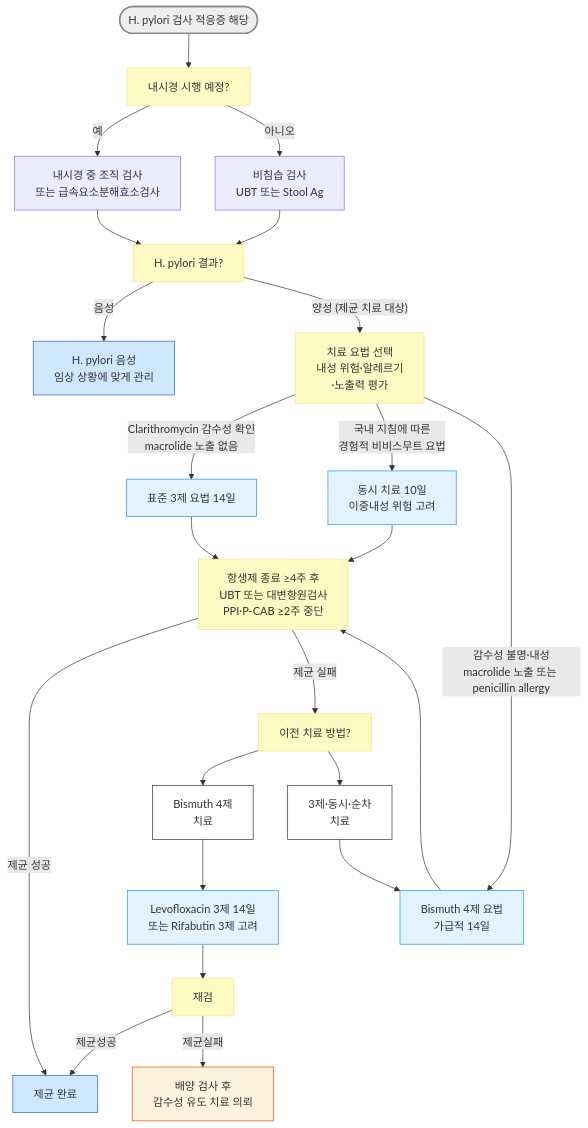
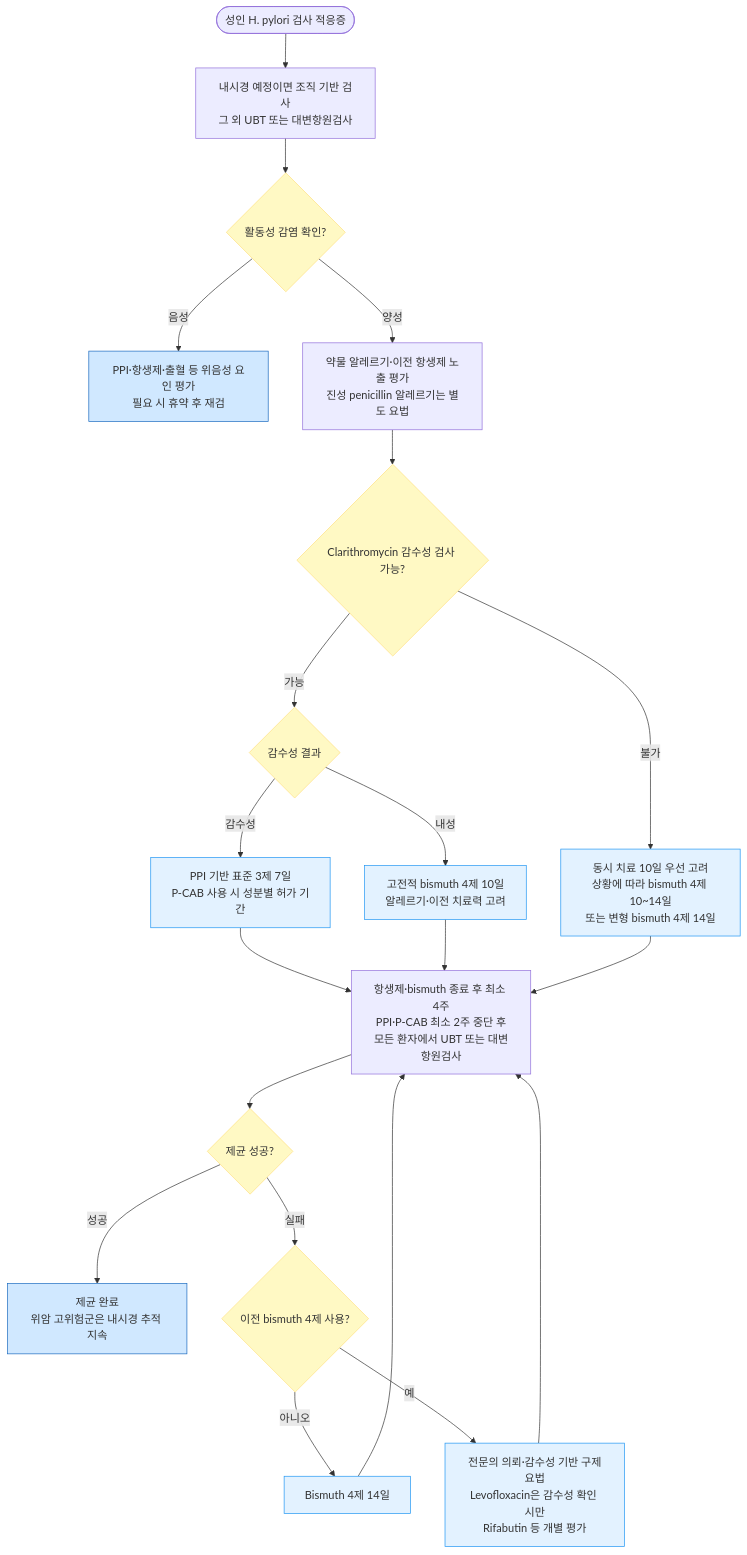
Before and after one commit to familyoh77/familyoh77: the diagram in 224_/080_-helicobacter-pylori-infection.md, drawn with Mermaid. The commit also changed other lines of this file and 1 other file, not shown here.

````diff
--- a/224_/080_-helicobacter-pylori-infection.md
+++ b/224_/080_-helicobacter-pylori-infection.md
@@ -94,34 +95,28 @@
 ```mermaid
 flowchart TD
-    A([H. pylori 검사 적응증 해당]) --> B[내시경 시행 예정?]
-    B -- 예 --> C[내시경 중 조직 검사<br/>또는 급속요소분해효소검사]
-    B -- 아니오 --> D[비침습 검사<br/>UBT 또는 Stool Ag]
-    C --> E[H. pylori 결과?]
-    D --> E
-    E -- 음성 --> F[H. pylori 음성<br/>임상 상황에 맞게 관리]
-    E -- 양성 (제균 치료 대상) --> H[치료 요법 선택<br/>내성 위험·알레르기<br/>·노출력 평가]
-    H -- Clarithromycin 감수성 확인<br/>macrolide 노출 없음 --> I[표준 3제 요법 14일]
-    H -- 국내 지침에 따른<br/>경험적 비비스무트 요법 --> J[동시 치료 10일<br/>이중내성 위험 고려]
-    H -- 감수성 불명·내성<br/>macrolide 노출 또는 penicillin allergy --> K[Bismuth 4제 요법<br/>가급적 14일]
-    I --> L[항생제 종료 ≥4주 후<br/>UBT 또는 대변항원검사<br/>PPI·P-CAB ≥2주 중단]
-    J --> L
-    K --> L
-    L -- 제균 성공 --> M[제균 완료]
-    L -- 제균 실패 --> N[이전 치료 방법?]
-    N --> S["Bismuth 4제 <br/>치료"] --> O[Levofloxacin 3제 14일<br/>또는 Rifabutin 3제 고려]
-    N --> T["3제·동시·순차<br/>치료"] --> K
-    O --> P[재검]
-    P -- 제균성공 --> M[제균 완료]
-    P -- 제균실패 --> Q[배양 검사 후<br/>감수성 유도 치료 의뢰]
-
-style A fill:#eeeeee,stroke:#888888,stroke-width:2px
-classDef yellow fill:#fff9c4,stroke:#ffe082
-class B,E,H,L,N,P yellow
-classDef sky fill:#e3f2ff,stroke:#2196f3
-class I,J,K,O sky
-classDef white fill:#fff,stroke:#333
-class S,T white
-classDef blue fill:#d0e8ff,stroke:#1a6abf
-class F,M blue
-style Q fill:#fff3e0,stroke:#e65100,stroke-width:1px
+    A(["성인 H. pylori 검사 적응증"]) --> B["내시경 예정이면 조직 기반 검사<br/>그 외 UBT 또는 대변항원검사"]
+    B --> C{"활동성 감염 확인?"}
+    C -- "음성" --> D["PPI·항생제·출혈 등 위음성 요인 평가<br/>필요 시 휴약 후 재검"]
+    C -- "양성" --> V["약물 알레르기·이전 항생제 노출 평가<br/>진성 penicillin 알레르기는 별도 요법"]
+    V --> E{"Clarithromycin 감수성 검사 가능?"}
+    E -- "가능" --> F{"감수성 결과"}
+    F -- "감수성" --> G["PPI 기반 표준 3제 7일<br/>P-CAB 사용 시 성분별 허가 기간"]
+    F -- "내성" --> H["고전적 bismuth 4제 10일<br/>알레르기·이전 치료력 고려"]
+    E -- "불가" --> I["동시 치료 10일 우선 고려<br/>상황에 따라 bismuth 4제 10~14일<br/>또는 변형 bismuth 4제 14일"]
+    G --> J["항생제·bismuth 종료 후 최소 4주<br/>PPI·P-CAB 최소 2주 중단 후<br/>모든 환자에서 UBT 또는 대변항원검사"]
+    H --> J
+    I --> J
+    J --> K{"제균 성공?"}
+    K -- "성공" --> L["제균 완료<br/>위암 고위험군은 내시경 추적 지속"]
+    K -- "실패" --> M{"이전 bismuth 4제 사용?"}
+    M -- "아니오" --> N["Bismuth 4제 14일"]
+    M -- "예" --> O["전문의 의뢰·감수성 기반 구제요법<br/>Levofloxacin은 감수성 확인 시만<br/>Rifabutin 등 개별 평가"]
+    N --> J
+    O --> J
+    classDef yellow fill:#fff9c4,stroke:#ffe082
+    class C,E,F,K,M yellow
+    classDef sky fill:#e3f2ff,stroke:#2196f3
+    class G,H,I,N,O sky
+    classDef blue fill:#d0e8ff,stroke:#1a6abf
+    class D,L blue
 ```
````
